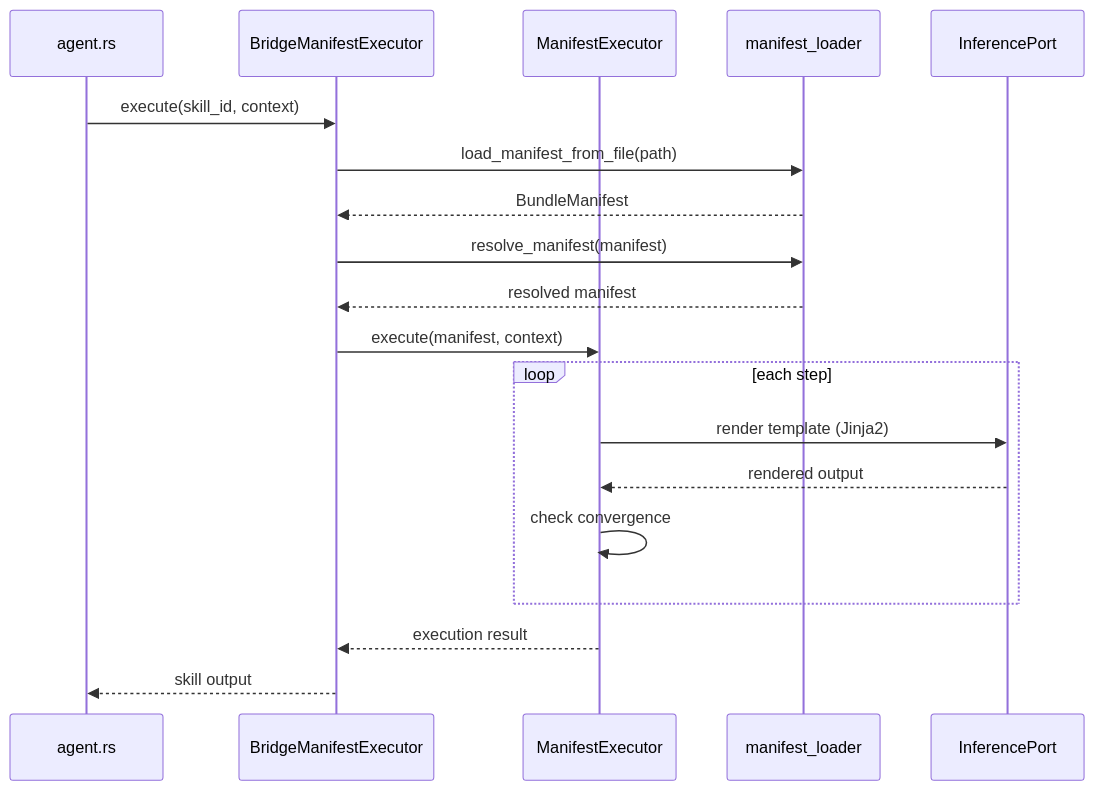
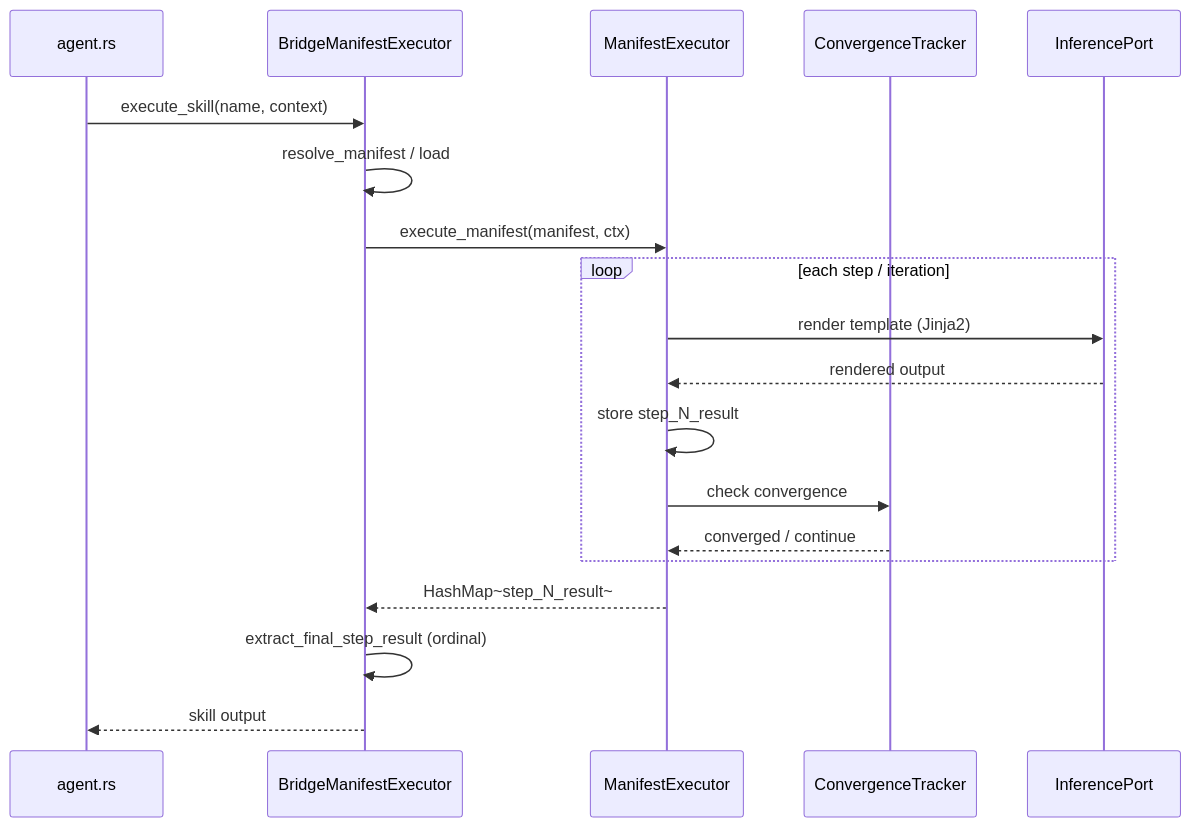
The diagram in kask/docs/diataxis/hkask-templates/explanation.md (mdz-axo/zed-kask), drawn with Mermaid before and after one commit. The commit also changed other lines of this file and 33 other files, not shown here.

````diff
--- a/kask/docs/diataxis/hkask-templates/explanation.md
+++ b/kask/docs/diataxis/hkask-templates/explanation.md
@@ -40,22 +43,22 @@
 ```mermaid
 sequenceDiagram
     participant Agent as agent.rs
     participant Bridge as BridgeManifestExecutor
     participant Exec as ManifestExecutor
-    participant Loader as manifest_loader
+    participant Conv as ConvergenceTracker
     participant Infer as InferencePort
 
-    Agent->>Bridge: execute(skill_id, context)
-    Bridge->>Loader: load_manifest_from_file(path)
-    Loader-->>Bridge: BundleManifest
-    Bridge->>Loader: resolve_manifest(manifest)
-    Loader-->>Bridge: resolved manifest
-    Bridge->>Exec: execute(manifest, context)
-    loop each step
+    Agent->>Bridge: execute_skill(name, context)
+    Bridge->>Bridge: resolve_manifest / load
+    Bridge->>Exec: execute_manifest(manifest, ctx)
+    loop each step / iteration
         Exec->>Infer: render template (Jinja2)
         Infer-->>Exec: rendered output
-        Exec->>Exec: check convergence
+        Exec->>Exec: store step_N_result
+        Exec->>Conv: check convergence
+        Conv-->>Exec: converged / continue
     end
-    Exec-->>Bridge: execution result
+    Exec-->>Bridge: HashMap~step_N_result~
+    Bridge->>Bridge: extract_final_step_result (ordinal)
     Bridge-->>Agent: skill output
 ```
````
